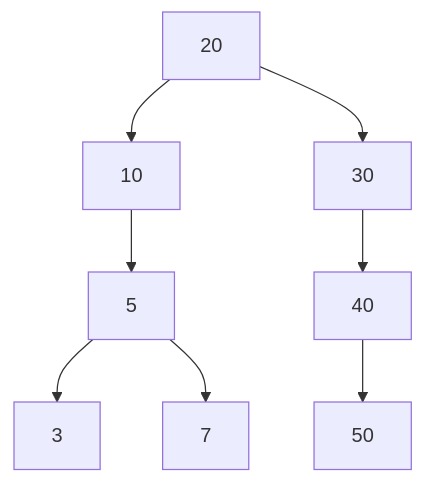
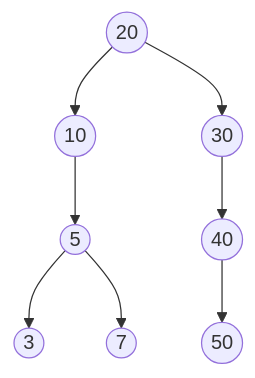
Before and after one commit to 3strategy/BeautifulMivney: diagram 15 of 39 in cst/6binnode/Ex6a4binnode.md, drawn with Mermaid. The commit also changed other lines of this file and 3 other files, not shown here.

````diff
--- a/cst/6binnode/Ex6a4binnode.md
+++ b/cst/6binnode/Ex6a4binnode.md
@@ -285,10 +285,10 @@
     ```mermaid
     flowchart TB
-      A[20] --> B[10]
-      A --> C[30]
-      B --> D[5]
-      D --> E[3]:::leaf
-      D --> F[7]:::leaf
-      C --> G[40]
-      G --> H[50]:::leaf
+      A((20)) --> B((10))
+      A --> C((30))
+      B --> D((5))
+      D --> E((3)):::leaf
+      D --> F((7)):::leaf
+      C --> G((40))
+      G --> H((50)):::leaf
     ```
````
